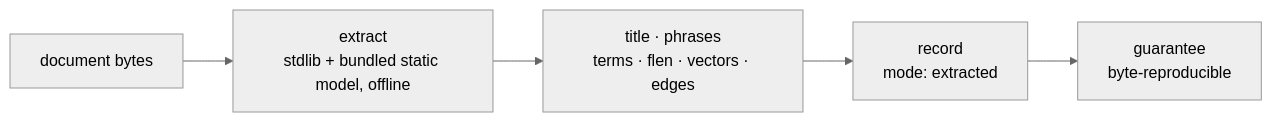
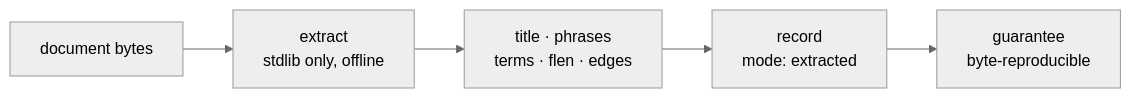
One commit to arpitarya/fux changed the diagram in docs/adr/0016_extracted-mode.md. Above: the diagram before and after it, drawn with Mermaid (neutral theme). The commit also changed other lines of this file and 442 other files, not shown here.

````diff
--- a/docs/adr/0016_extracted-mode.md
+++ b/docs/adr/0016_extracted-mode.md
@@ -86,7 +40,7 @@
 ```mermaid
 flowchart LR
-    D["document bytes"] --> X["extract<br/>stdlib + bundled static model, offline"]
-    X --> T["title · phrases<br/>terms · flen · vectors · edges"]
+    D["document bytes"] --> X["extract<br/>stdlib only, offline"]
+    X --> T["title · phrases<br/>terms · flen · edges"]
     T --> R["record<br/>mode: extracted"]
     R --> G["guarantee<br/>byte-reproducible"]
 ```
````
